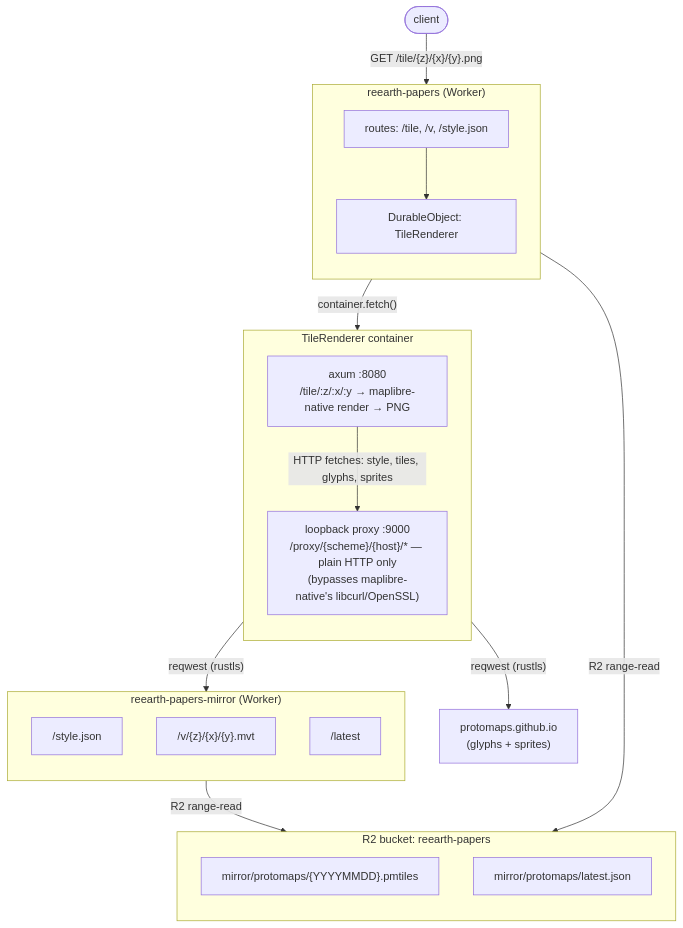
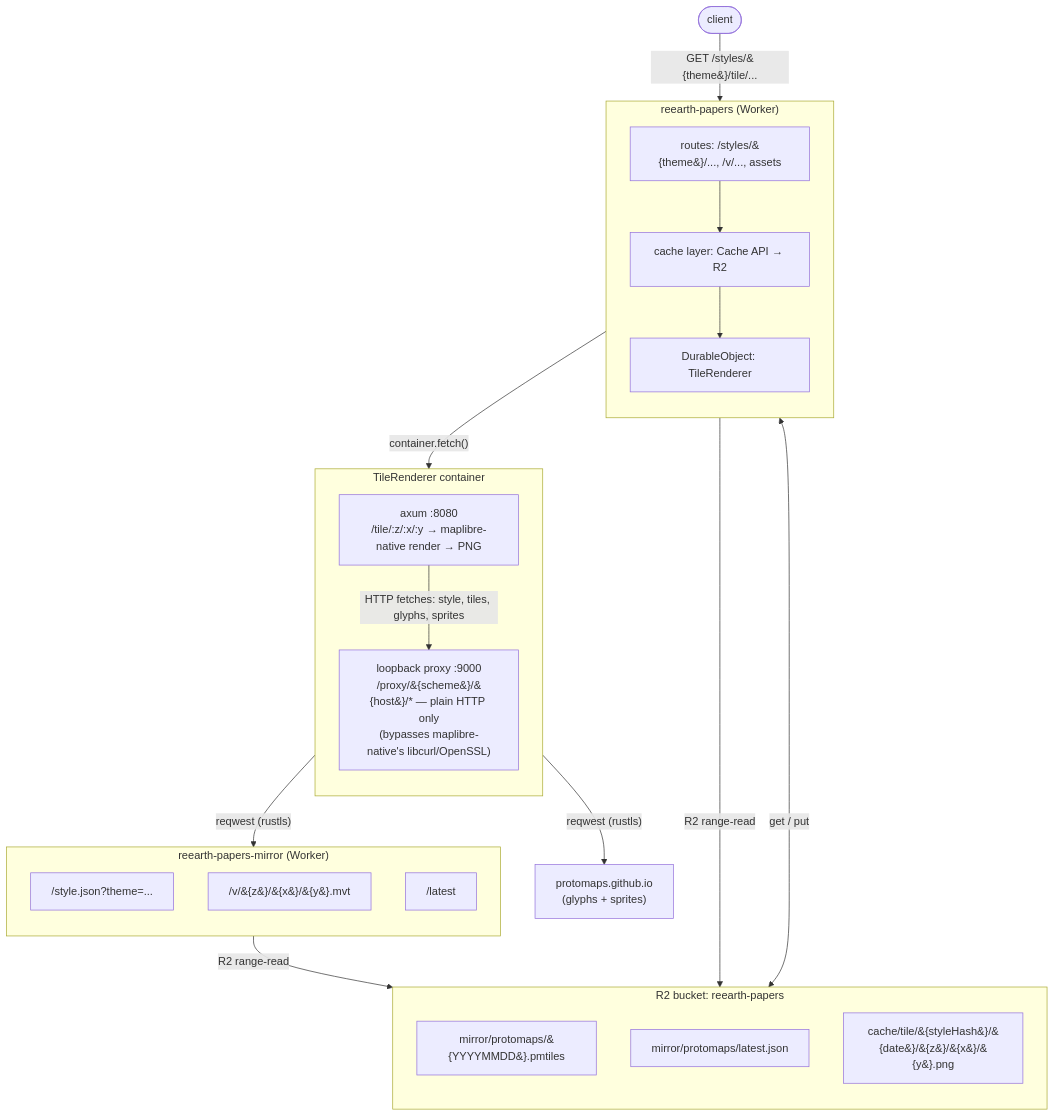
Before and after one commit to reearth/reearth-papers: the diagram in CONTRIBUTING.md, drawn with Mermaid. The commit also changed other lines of this file and 11 other files, not shown here.

````diff
--- a/CONTRIBUTING.md
+++ b/CONTRIBUTING.md
@@ -9,40 +9,43 @@
 ```mermaid
 flowchart TD
   client([client])
 
   subgraph main["reearth-papers (Worker)"]
     direction TB
-    main_routes["routes: /tile, /v, /style.json"]
+    main_routes["routes: /styles/&#123;theme&#125;/..., /v/..., assets"]
+    cache["cache layer: Cache API → R2"]
     do["DurableObject: TileRenderer"]
-    main_routes --> do
+    main_routes --> cache --> do
   end
 
   subgraph container["TileRenderer container"]
     direction TB
     axum["axum :8080<br/>/tile/:z/:x/:y → maplibre-native render → PNG"]
-    proxy["loopback proxy :9000<br/>/proxy/{scheme}/{host}/* — plain HTTP only<br/>(bypasses maplibre-native's libcurl/OpenSSL)"]
+    proxy["loopback proxy :9000<br/>/proxy/&#123;scheme&#125;/&#123;host&#125;/* — plain HTTP only<br/>(bypasses maplibre-native's libcurl/OpenSSL)"]
     axum -->|"HTTP fetches: style, tiles, glyphs, sprites"| proxy
   end
 
   subgraph mirror["reearth-papers-mirror (Worker)"]
     direction TB
-    m_style["/style.json"]
-    m_v["/v/{z}/{x}/{y}.mvt"]
+    m_style["/style.json?theme=..."]
+    m_v["/v/&#123;z&#125;/&#123;x&#125;/&#123;y&#125;.mvt"]
     m_latest["/latest"]
   end
 
   subgraph r2["R2 bucket: reearth-papers"]
     direction TB
-    r2_archive["mirror/protomaps/{YYYYMMDD}.pmtiles"]
+    r2_archive["mirror/protomaps/&#123;YYYYMMDD&#125;.pmtiles"]
     r2_pointer["mirror/protomaps/latest.json"]
+    r2_cache["cache/tile/&#123;styleHash&#125;/&#123;date&#125;/&#123;z&#125;/&#123;x&#125;/&#123;y&#125;.png"]
   end
 
   pubcdn["protomaps.github.io<br/>(glyphs + sprites)"]
 
-  client -->|"GET /tile/{z}/{x}/{y}.png"| main_routes
+  client -->|"GET /styles/&#123;theme&#125;/tile/..."| main_routes
   do -->|"container.fetch()"| axum
   proxy -->|"reqwest (rustls)"| mirror
   proxy -->|"reqwest (rustls)"| pubcdn
-  main_routes -->|"R2 range-read"| r2
-  mirror -->|"R2 range-read"| r2
+  main_routes -->|"R2 range-read"| r2_archive
+  mirror -->|"R2 range-read"| r2_archive
+  cache <-->|"get / put"| r2_cache
 ```
````
